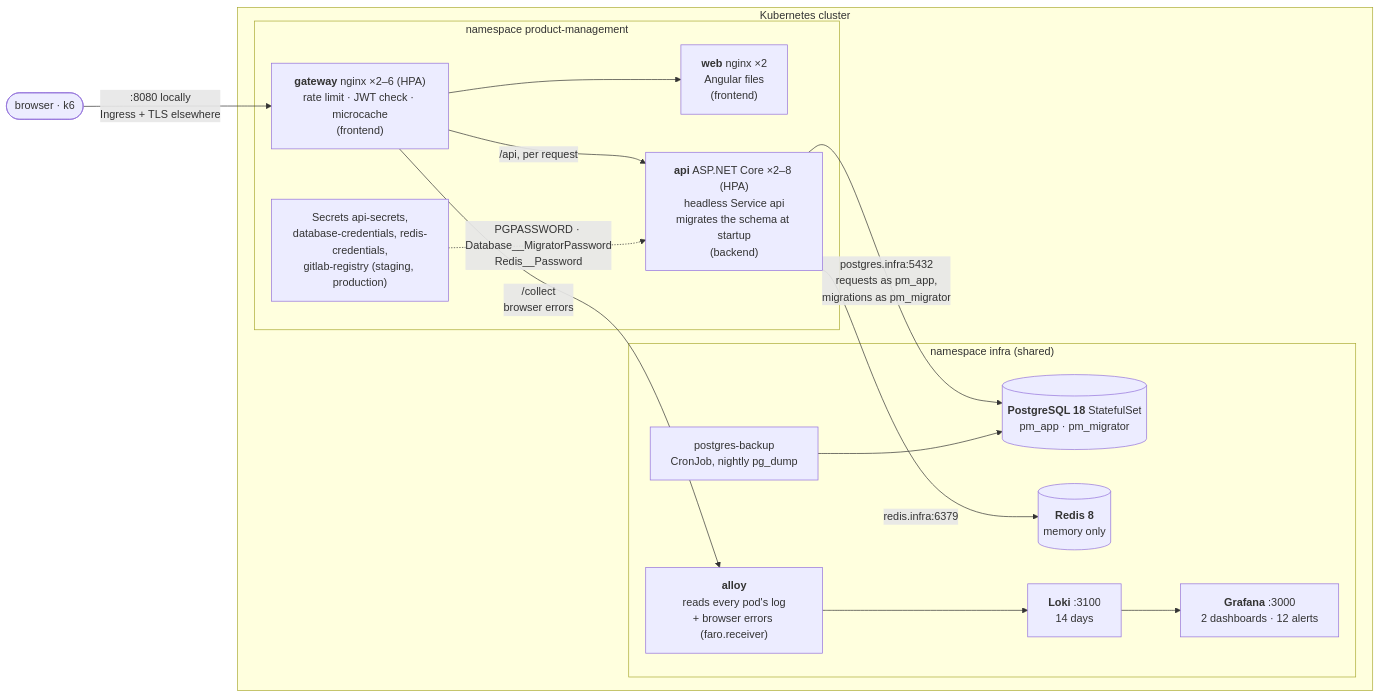
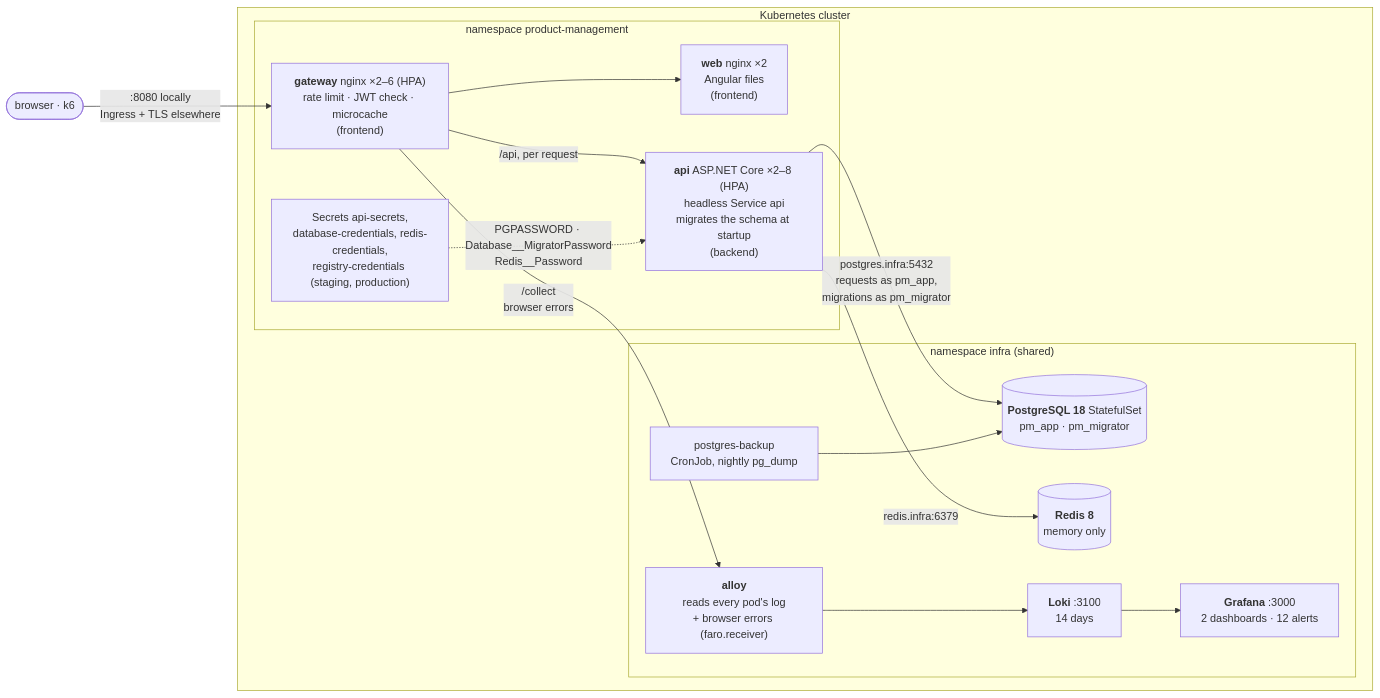
The first of 2 diagrams in docs/architecture.md (RubenCipriano/zeiss-product-management), drawn with Mermaid before and after one commit. The commit also changed other lines of this file and 53 other files, not shown here.

````diff
--- a/docs/architecture.md
+++ b/docs/architecture.md
@@ -40,31 +41,31 @@
 ```mermaid
 flowchart LR
     user(["browser · k6"]) -->|":8080 locally<br/>Ingress + TLS elsewhere"| gw
 
     subgraph cluster["Kubernetes cluster"]
         subgraph pm["namespace product-management"]
             gw["<b>gateway</b> nginx ×2–6 (HPA)<br/>rate limit · JWT check · microcache<br/>(frontend)"]
             web["<b>web</b> nginx ×2<br/>Angular files<br/>(frontend)"]
             api["<b>api</b> ASP.NET Core ×2–8 (HPA)<br/>headless Service api<br/>migrates the schema at startup<br/>(backend)"]
-            sec["Secrets api-secrets,<br/>database-credentials, redis-credentials,<br/>gitlab-registry (staging, production)"]
+            sec["Secrets api-secrets,<br/>database-credentials, redis-credentials,<br/>registry-credentials (staging, production)"]
         end
         subgraph inf["namespace infra (shared)"]
             pg[("<b>PostgreSQL 18</b> StatefulSet<br/>pm_app · pm_migrator")]
             bk["postgres-backup<br/>CronJob, nightly pg_dump"]
             rd[("<b>Redis 8</b><br/>memory only")]
             alloy["<b>alloy</b><br/>reads every pod's log<br/>+ browser errors (faro.receiver)"]
             loki["<b>Loki</b> :3100<br/>14 days"]
             graf["<b>Grafana</b> :3000<br/>2 dashboards · 12 alerts"]
         end
     end
 
     gw --> web
     gw -->|"/api, per request"| api
     sec -.->|"PGPASSWORD · Database__MigratorPassword<br/>Redis__Password"| api
     api -->|"postgres.infra:5432<br/>requests as pm_app,<br/>migrations as pm_migrator"| pg
     api -->|"redis.infra:6379"| rd
     bk --> pg
     gw -->|"/collect<br/>browser errors"| alloy
     alloy --> loki
     loki --> graf
 ```
````
